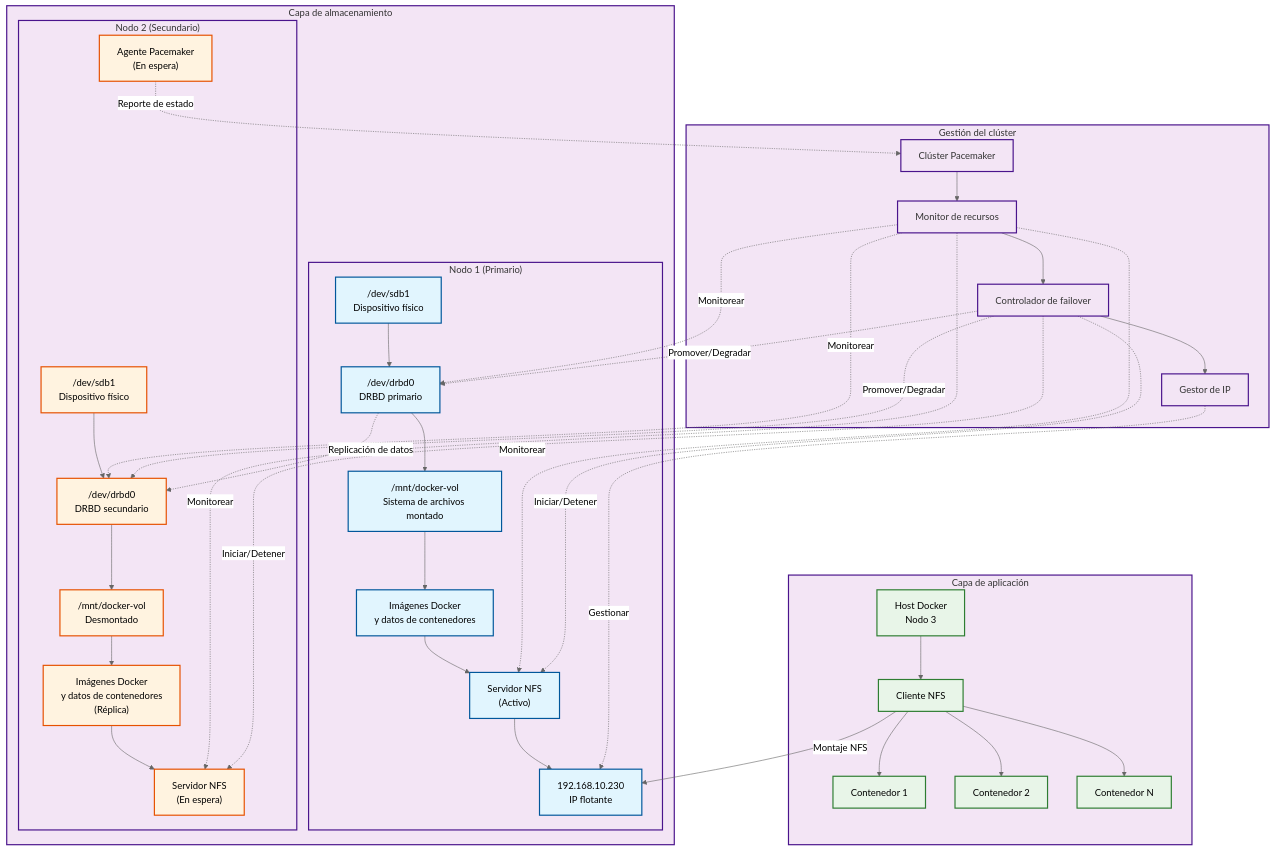
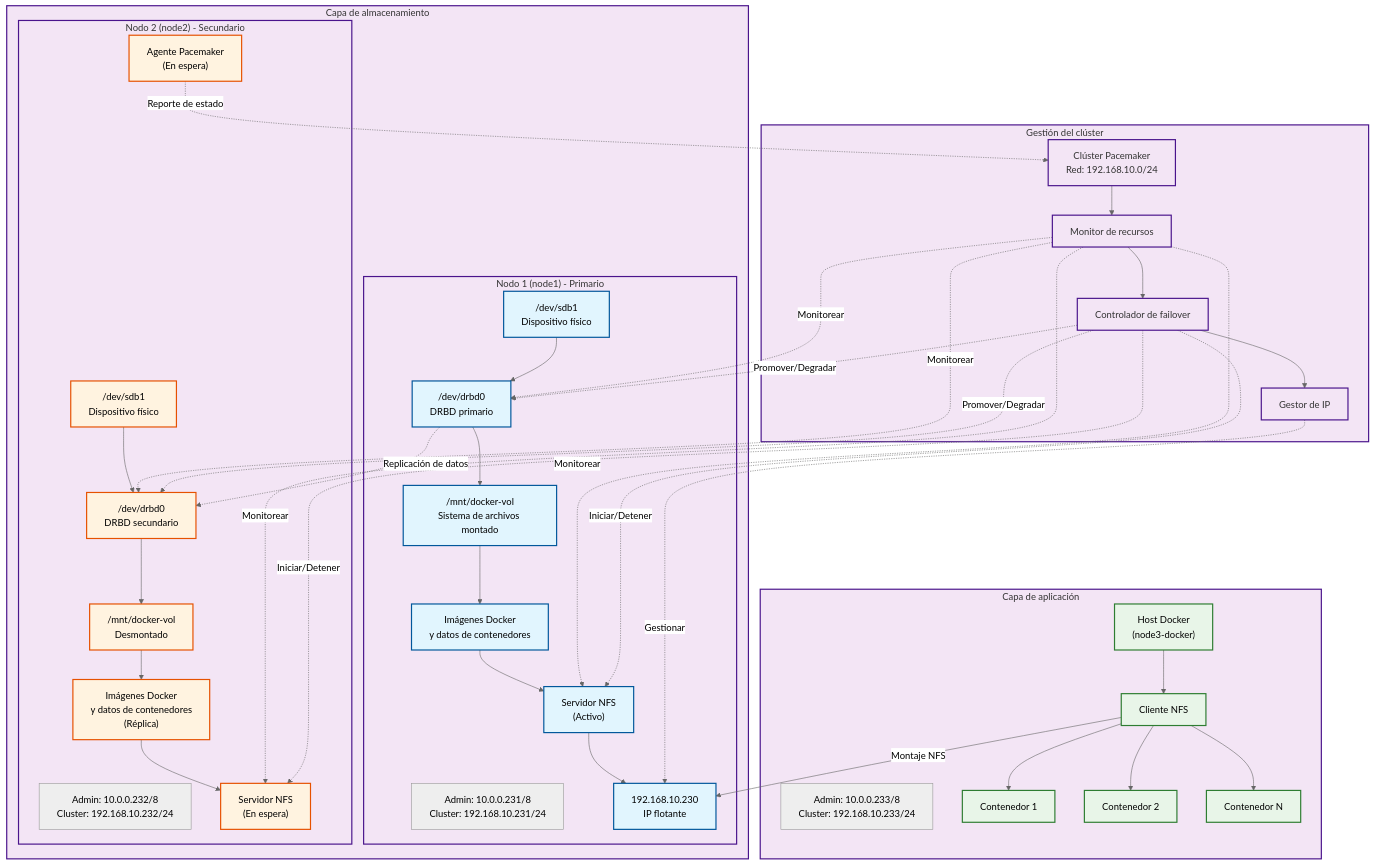
The first of 2 diagrams in docs/ARCHITECTURE.md (incogniadev/DRBD), drawn with Mermaid (neutral theme) before and after one commit. The commit also changed other lines of this file and 1 other file, not shown here.

First line of the commit message:
Update ARCHITECTURE.md with dual network interface configuration

````diff
--- a/docs/ARCHITECTURE.md
+++ b/docs/ARCHITECTURE.md
@@ -9,7 +9,8 @@
 ```mermaid
 graph TB
     subgraph "Capa de almacenamiento"
-        subgraph N1 ["Nodo 1 (Primario)"]
+        subgraph N1 ["Nodo 1 (node1) - Primario"]
+            A1N["Admin: 10.0.0.231/8<br/>Cluster: 192.168.10.231/24"]
             A1["/dev/sdb1<br/>Dispositivo físico"]
             A2["/dev/drbd0<br/>DRBD primario"]
             A3["/mnt/docker-vol<br/>Sistema de archivos montado"]
@@ -18,7 +19,8 @@
             A5["192.168.10.230<br/>IP flotante"]
         end
         
-        subgraph N2 ["Nodo 2 (Secundario)"]
+        subgraph N2 ["Nodo 2 (node2) - Secundario"]
+            B1N["Admin: 10.0.0.232/8<br/>Cluster: 192.168.10.232/24"]
             B1["/dev/sdb1<br/>Dispositivo físico"]
             B2["/dev/drbd0<br/>DRBD secundario"]
             B3["/mnt/docker-vol<br/>Desmontado"]
@@ -29,14 +31,15 @@
     end
     
     subgraph "Gestión del clúster"
-        C1["Clúster Pacemaker"]
+        C1["Clúster Pacemaker<br/>Red: 192.168.10.0/24"]
         C2["Monitor de recursos"]
         C3["Controlador de failover"]
         C4["Gestor de IP"]
     end
     
     subgraph "Capa de aplicación"
-        D1["Host Docker<br/>Nodo 3"]
+        D1N["Admin: 10.0.0.233/8<br/>Cluster: 192.168.10.233/24"]
+        D1["Host Docker<br/>(node3-docker)"]
         D2["Cliente NFS"]
         D3["Contenedor 1"]
         D4["Contenedor 2"]
````
